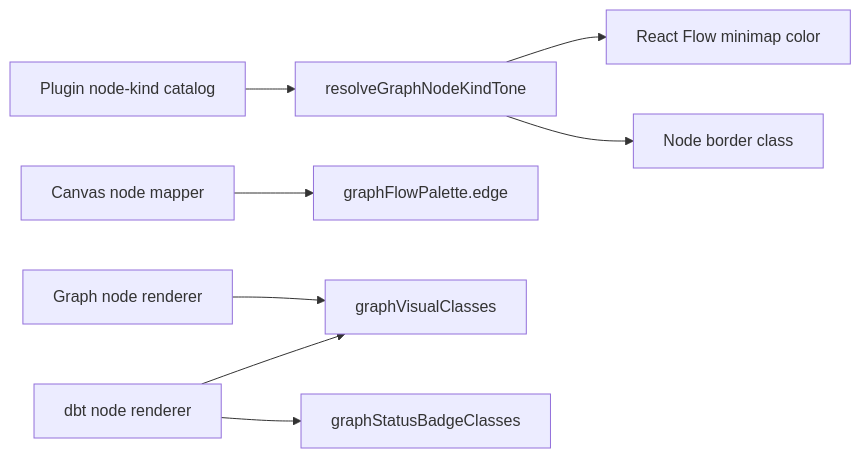
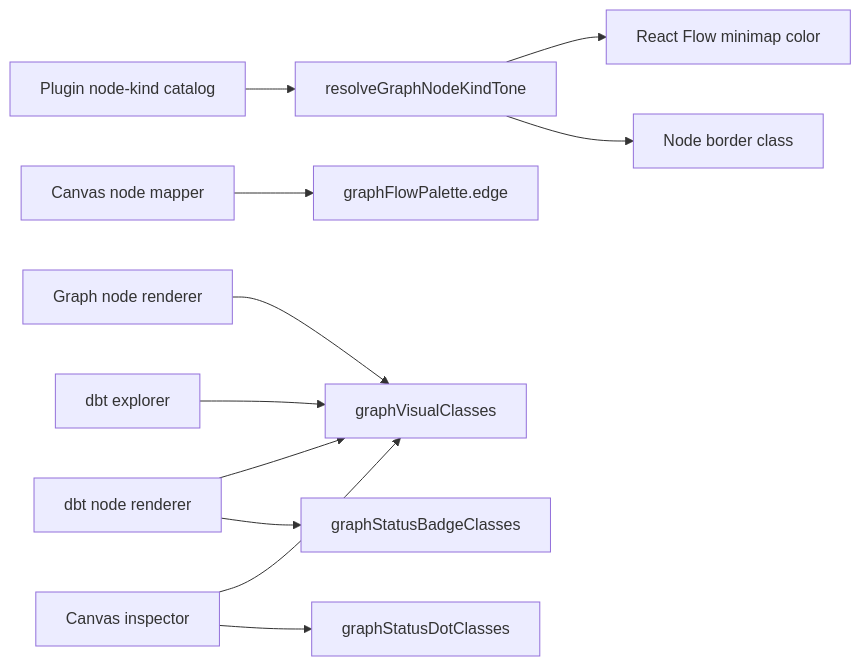
One commit to dunay2/dvt changed the diagram in docs/architecture/components/web/graph/react-flow-visual-token-component.md. Above: the diagram before and after it, drawn with Mermaid. The commit also changed other lines of this file and 8 other files, not shown here.

Commit message:
feat(web): Converge graph context panel visual tokens

````diff
--- a/docs/architecture/components/web/graph/react-flow-visual-token-component.md
+++ b/docs/architecture/components/web/graph/react-flow-visual-token-component.md
@@ -39,10 +42,13 @@
 ```mermaid
 flowchart LR
     Catalog["Plugin node-kind catalog"] --> Tone["resolveGraphNodeKindTone"]
     Tone --> Minimap["React Flow minimap color"]
     Tone --> NodeBorder["Node border class"]
     CanvasMapper["Canvas node mapper"] --> EdgePalette["graphFlowPalette.edge"]
     Renderer["Graph node renderer"] --> Classes["graphVisualClasses"]
     DbtRenderer["dbt node renderer"] --> Classes
     DbtRenderer --> StatusBadge["graphStatusBadgeClasses"]
+    Explorer["dbt explorer"] --> Classes
+    Inspector["Canvas inspector"] --> Classes
+    Inspector --> StatusDot["graphStatusDotClasses"]
 ```
````
